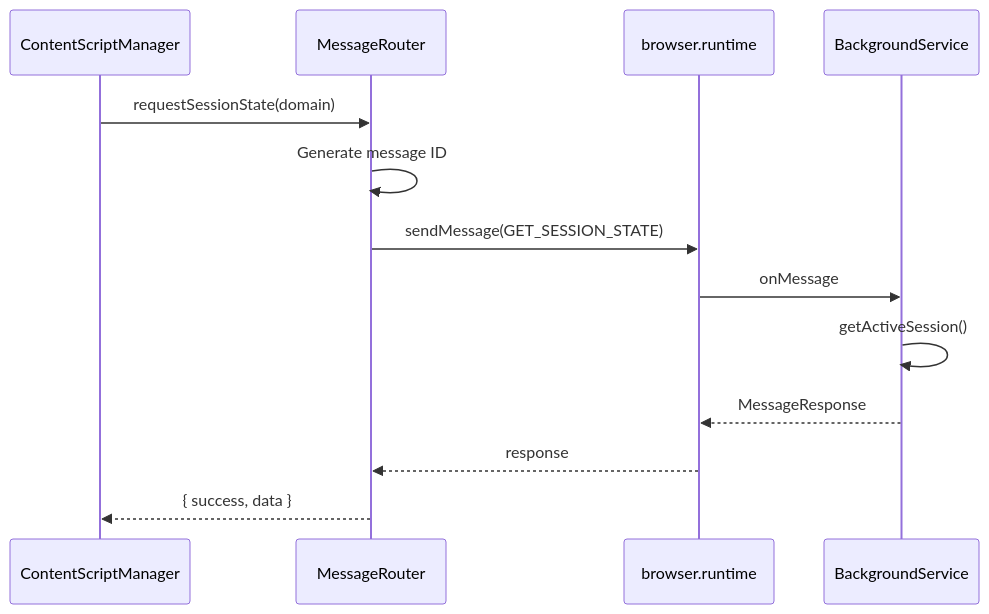
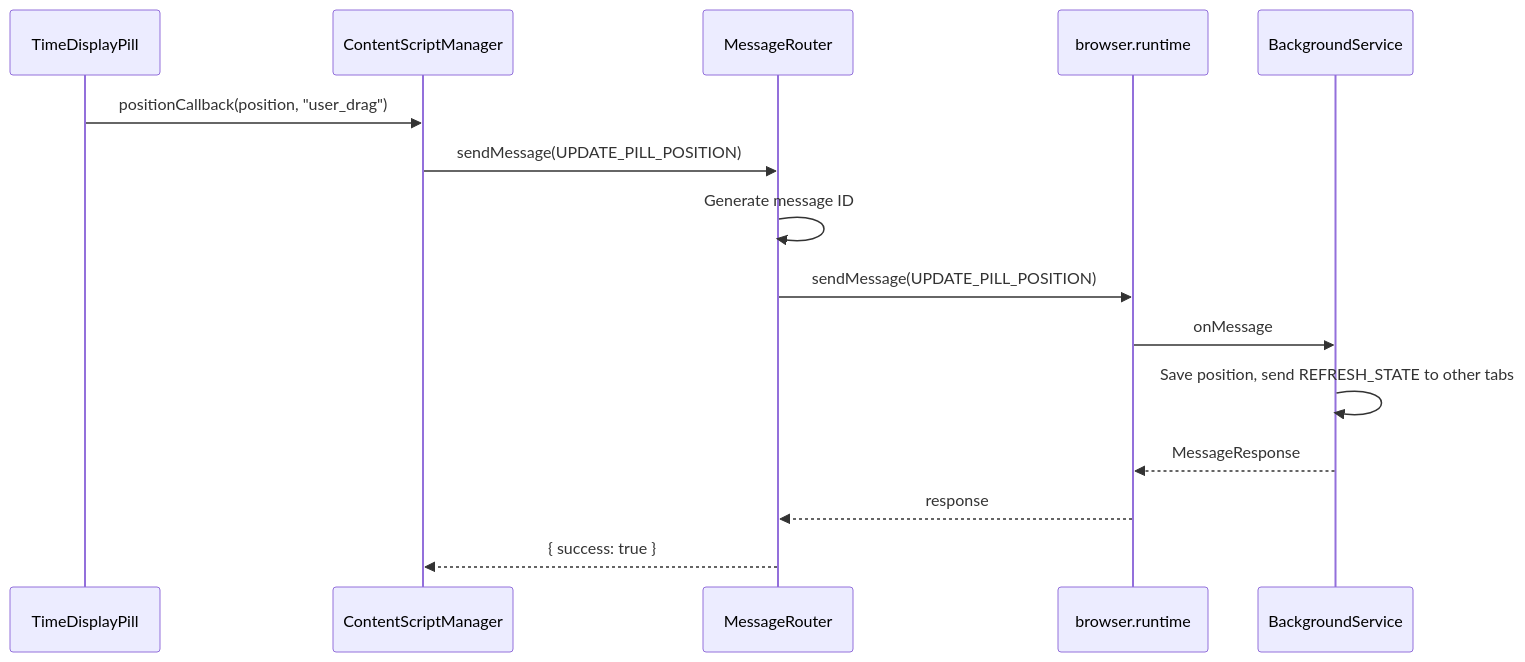
Before and after one commit to JayDosunmu/web-time-tracker: the seventh of 11 diagrams in docs/architecture-dataflow.md, drawn with Mermaid. The commit also changed other lines of this file and 4 other files, not shown here.

Commit message:
Update architecture documentation

````diff
--- a/docs/architecture-dataflow.md
+++ b/docs/architecture-dataflow.md
@@ -354,16 +360,18 @@
 ```mermaid
 sequenceDiagram
+    participant TDP as TimeDisplayPill
     participant CS as ContentScriptManager
     participant MR as MessageRouter
     participant RT as browser.runtime
     participant BS as BackgroundService
 
-    CS->>MR: requestSessionState(domain)
+    TDP->>CS: positionCallback(position, "user_drag")
+    CS->>MR: sendMessage(UPDATE_PILL_POSITION)
     MR->>MR: Generate message ID
-    MR->>RT: sendMessage(GET_SESSION_STATE)
+    MR->>RT: sendMessage(UPDATE_PILL_POSITION)
     RT->>BS: onMessage
-    BS->>BS: getActiveSession()
+    BS->>BS: Save position, send REFRESH_STATE to other tabs
     BS-->>RT: MessageResponse
     RT-->>MR: response
-    MR-->>CS: { success, data }
+    MR-->>CS: { success: true }
 ```
````
